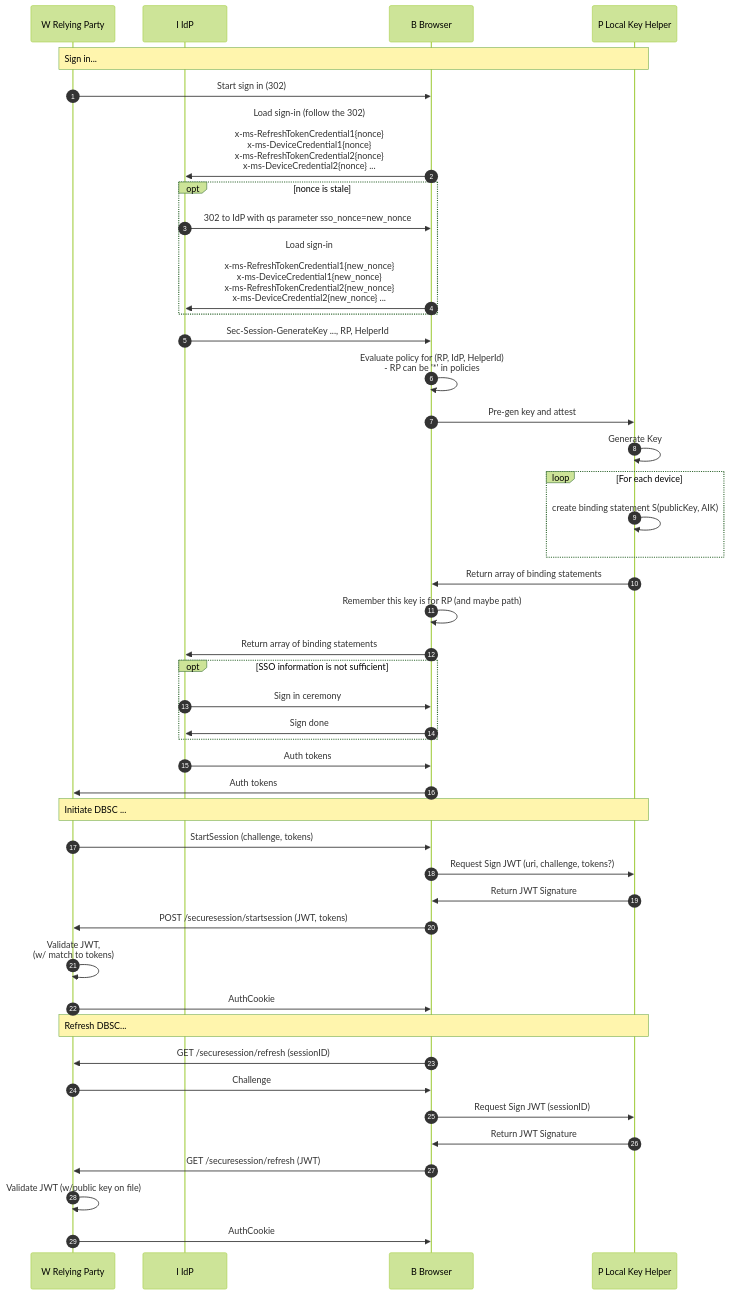
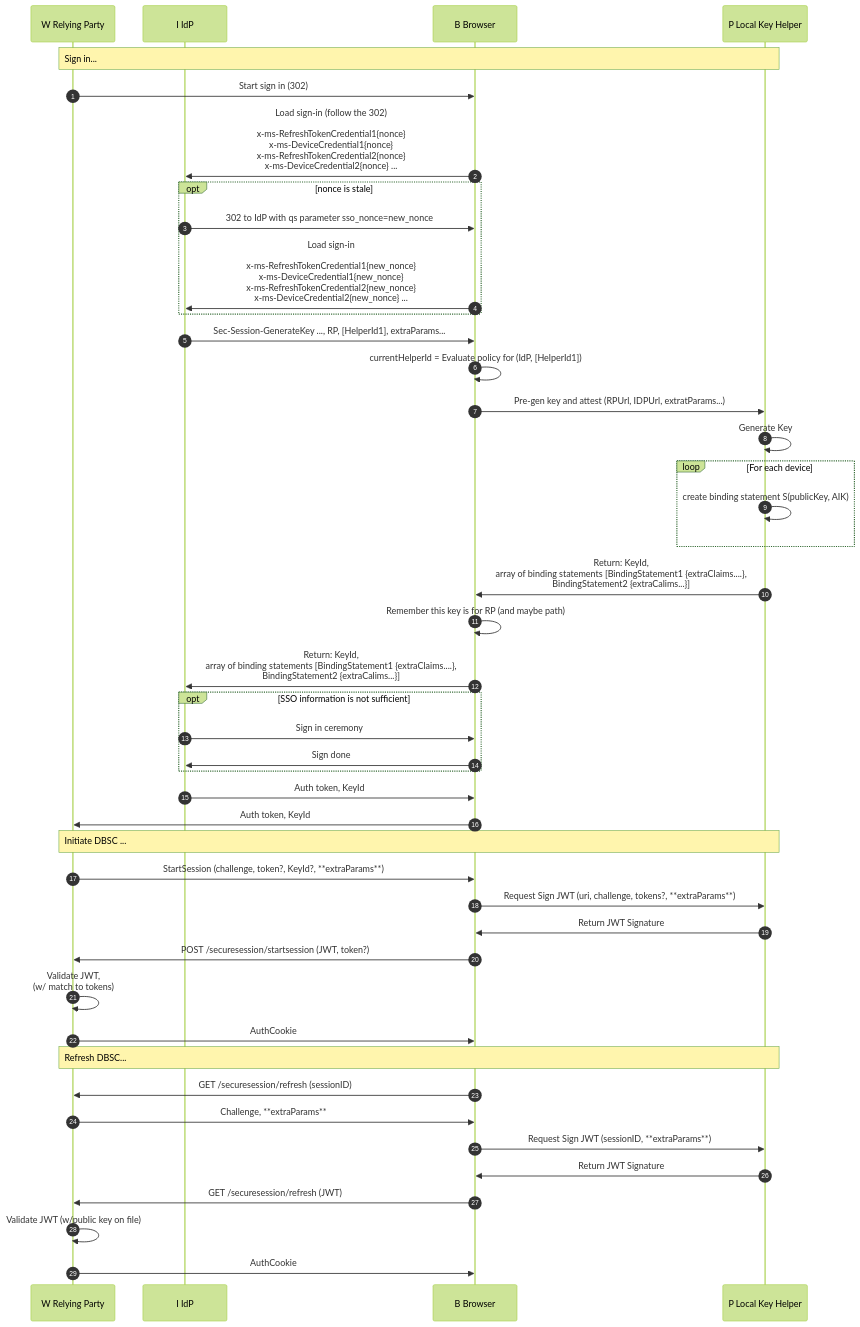
The third of 8 diagrams in README.md (alextok/dbsc-discussions), drawn with Mermaid (forest theme) before and after one commit. The commit also changed other lines of this file, not shown here.

````diff
--- a/README.md
+++ b/README.md
@@ -75,58 +75,58 @@
 ```mermaid
 sequenceDiagram
 %%{ init: { 'sequence': { 'noteAlign': 'left'} } }%%
 autonumber 1
 participant W as W Relying Party
 participant I as I IdP
 participant B as B Browser
 participant P as P Local Key Helper
 
 Note over W, P: Sign in...
 W->>B: Start sign in (302)
 
 B->>I: Load sign-in (follow the 302)<br/><br/>x-ms-RefreshTokenCredential1{nonce}<br/>x-ms-DeviceCredential1{nonce}<br/> x-ms-RefreshTokenCredential2{nonce}<br/> x-ms-DeviceCredential2{nonce} ...
 
 opt nonce is stale
 I->>B: 302 to IdP with qs parameter sso_nonce=new_nonce
 B->>I: Load sign-in<br/><br/>x-ms-RefreshTokenCredential1{new_nonce}<br/>x-ms-DeviceCredential1{new_nonce}<br/> x-ms-RefreshTokenCredential2{new_nonce}<br/> x-ms-DeviceCredential2{new_nonce} ...
 end
 
-I->>B: Sec-Session-GenerateKey ..., RP, HelperId
-B->>B: Evaluate policy for (RP, IdP, HelperId)<br/> - RP can be '*' in policies
-B->>P: Pre-gen key and attest
-
+I->>B: Sec-Session-GenerateKey ..., RP, [HelperId1], extraParams...
+B->>B: currentHelperId = Evaluate policy for (IdP, [HelperId1])
+B->>P: Pre-gen key and attest (RPUrl, IDPUrl, extratParams...)
+ 
 P->>P: Generate Key
 
 loop For each device
 P->>P: create binding statement S(publicKey, AIK)
 end
 
-P->>B: Return array of binding statements
+P->>B: Return: KeyId, <br/>array of binding statements [BindingStatement1 {extraClaims....}, <br/>BindingStatement2 {extraCalims...}]
 B->>B: Remember this key is for RP (and maybe path)
-B->>I: Return array of binding statements
+B->>I: Return: KeyId, <br/>array of binding statements [BindingStatement1 {extraClaims....}, <br/>BindingStatement2 {extraCalims...}]
 
 opt SSO information is not sufficient
 I->>B: Sign in ceremony
 B->>I: Sign done
 end
 
-I->>B: Auth tokens
-B->>W: Auth tokens
+I->>B: Auth token, KeyId
+B->>W: Auth token, KeyId
 
 Note over W, P: Initiate DBSC ...
-W->>B: StartSession (challenge, tokens)
-B->>P: Request Sign JWT (uri, challenge, tokens?)
+W->>B: StartSession (challenge, token?, KeyId?, **extraParams**)
+B->>P: Request Sign JWT (uri, challenge, tokens?, **extraParams**)
 P->>B: Return JWT Signature
-B->>W: POST /securesession/startsession (JWT, tokens)
+B->>W: POST /securesession/startsession (JWT, token?)
 W->>W: Validate JWT, <br/>(w/ match to tokens)
 W->>B: AuthCookie
 
 Note over W, P: Refresh DBSC...
 B->>W: GET /securesession/refresh (sessionID)
-W->>B: Challenge
-B->>P: Request Sign JWT (sessionID)
+W->>B: Challenge, **extraParams**
+B->>P: Request Sign JWT (sessionID, **extraParams**)
 P->>B: Return JWT Signature
 B->>W: GET /securesession/refresh (JWT)
 W->>W: Validate JWT (w/public key on file)
 W->>B: AuthCookie
 ```
````
